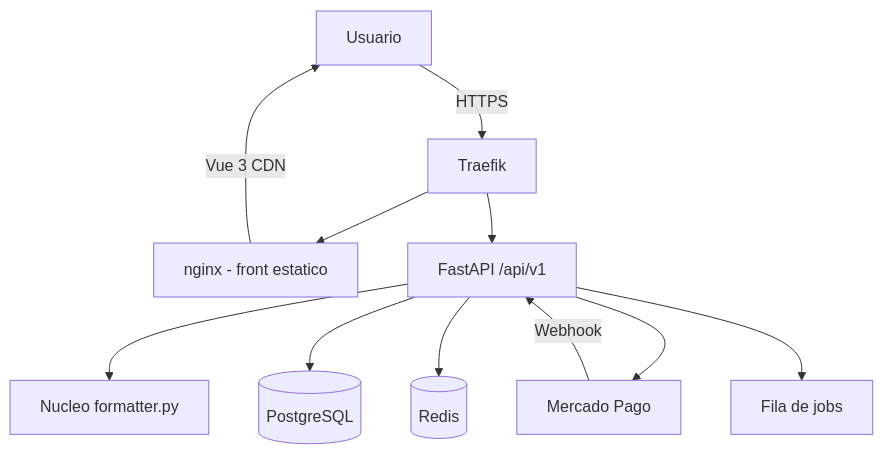
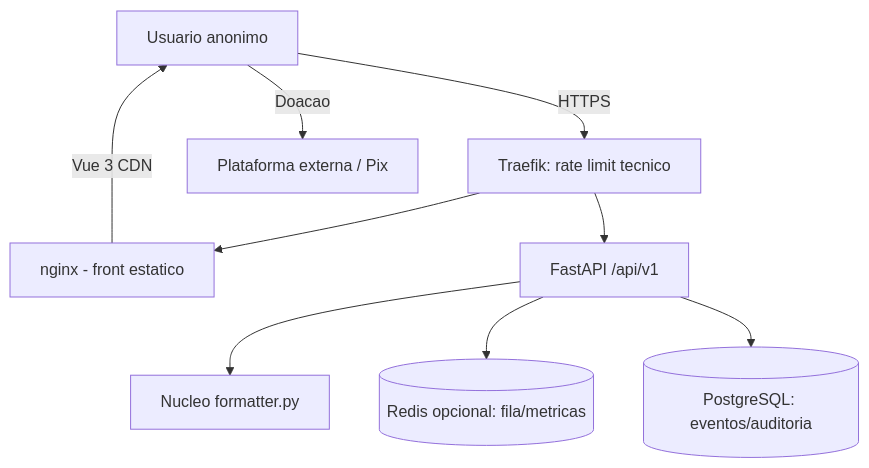
Before and after one commit to TolkYo/Formata-ABNT-PY: the diagram in docs/specs/visao-geral.md, drawn with Mermaid. The commit also changed other lines of this file and 10 other files, not shown here.

````diff
--- a/docs/specs/visao-geral.md
+++ b/docs/specs/visao-geral.md
@@ -41,13 +49,11 @@
 ```mermaid
 graph TD
-    U[Usuario] -->|HTTPS| T[Traefik]
+    U[Usuario anonimo] -->|HTTPS| T[Traefik: rate limit tecnico]
     T --> N[nginx - front estatico]
     T --> A[FastAPI /api/v1]
     N -->|Vue 3 CDN| U
     A --> FMT[Nucleo formatter.py]
-    A --> DB[(PostgreSQL)]
-    A --> R[(Redis)]
-    A --> MP[Mercado Pago]
-    MP -->|Webhook| A
-    A --> Q[Fila de jobs]
+    A --> R[(Redis opcional: fila/metricas)]
+    A --> DB[(PostgreSQL: eventos/auditoria)]
+    U -->|Doacao| DON[Plataforma externa / Pix]
 ```
````
